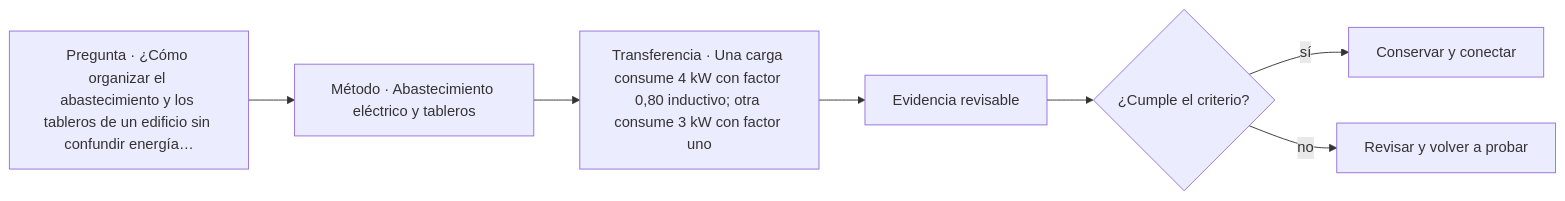
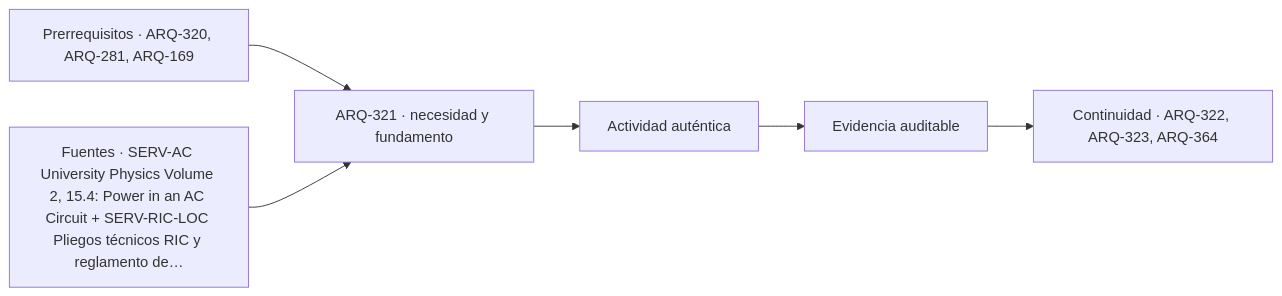
One commit to vladimiracunadev-create/architecture-built-environment-learning-program changed the diagram in classes/parte-33/ARQ-321.md. Above: the diagram before and after it, drawn with Mermaid. The commit also changed other lines of this file and 761 other files, not shown here.

````diff
--- a/classes/parte-33/ARQ-321.md
+++ b/classes/parte-33/ARQ-321.md
@@ -109,9 +121,8 @@
 ```mermaid
 flowchart LR
-    Q["Pregunta · ¿Cómo organizar el abastecimiento y los tableros de un edificio sin confundir energía…"] --> M["Método · Abastecimiento eléctrico y tableros"]
-    M --> P["Transferencia · Una carga consume 4 kW con factor 0,80 inductivo; otra consume 3 kW con factor uno"]
-    P --> E["Evidencia revisable"]
-    E --> C{"¿Cumple el criterio?"}
-    C -->|sí| T["Conservar y conectar"]
-    C -->|no| R["Revisar y volver a probar"]
+    A["Prerrequisitos · ARQ-320, ARQ-281, ARQ-169"] --> B["ARQ-321 · necesidad y fundamento"]
+    S["Fuentes · SERV-AC University Physics Volume 2, 15.4: Power in an AC Circuit + SERV-RIC-LOC Pliegos técnicos RIC y reglamento de…"] --> B
+    B --> C["Actividad auténtica"]
+    C --> D["Evidencia auditable"]
+    D --> E["Continuidad · ARQ-322, ARQ-323, ARQ-364"]
 ```
````
